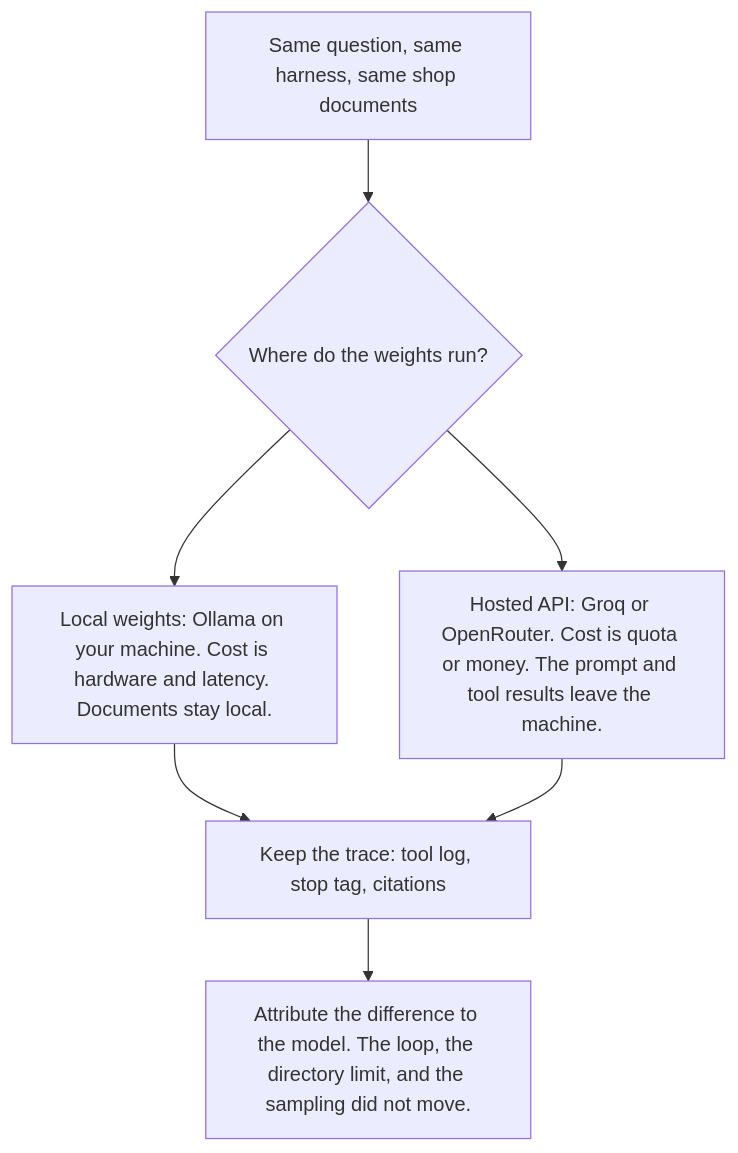
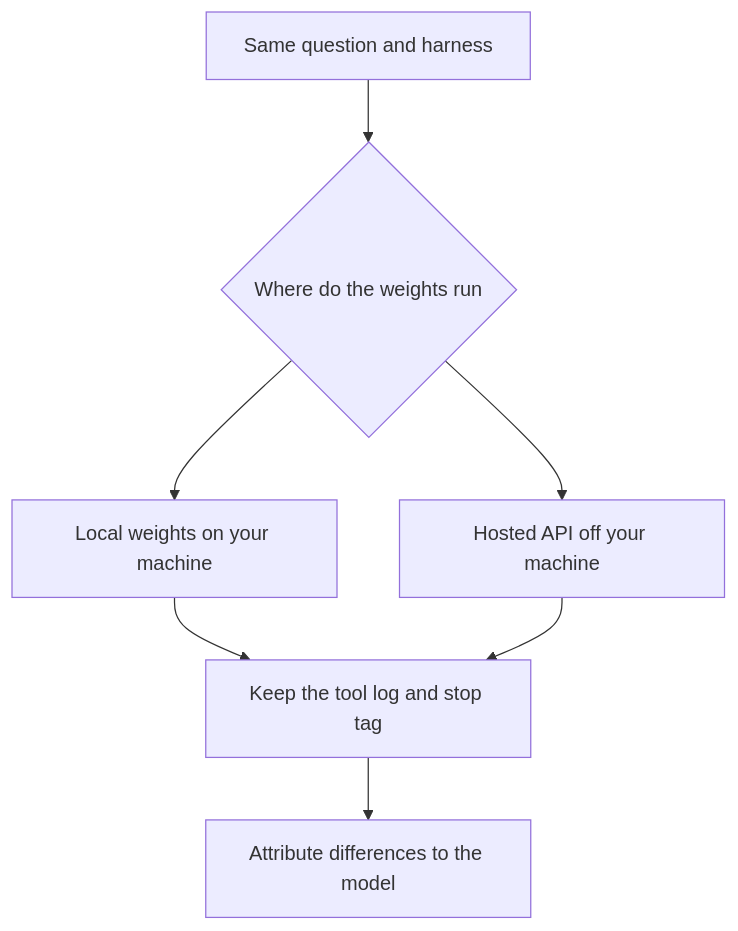
Before and after one commit to junlinghu/book-agents: the first of 2 diagrams in chapters/ch03-models-without-the-pain/README.md, drawn with Mermaid. The commit also changed other lines of this file, not shown here.

Commit message:
Fix Mermaid figures in Chapter 3 for GitHub rendering

````diff
--- a/chapters/ch03-models-without-the-pain/README.md
+++ b/chapters/ch03-models-without-the-pain/README.md
@@ -15,9 +15,15 @@
 ```mermaid
 flowchart TD
-  Q["Same question, same harness, same shop documents"] --> Where{"Where do the weights run?"}
-  Where --> Local["Local weights: Ollama on your machine. Cost is hardware and latency. Documents stay local."]
-  Where --> Hosted["Hosted API: Groq or OpenRouter. Cost is quota or money. The prompt and tool results leave the machine."]
-  Local --> Trace["Keep the trace: tool log, stop tag, citations"]
+  Q[Same question and harness]
+  Where{Where do the weights run}
+  Local[Local weights on your machine]
+  Hosted[Hosted API off your machine]
+  Trace[Keep the tool log and stop tag]
+  Judge[Attribute differences to the model]
+  Q --> Where
+  Where --> Local
+  Where --> Hosted
+  Local --> Trace
   Hosted --> Trace
-  Trace --> Judge["Attribute the difference to the model. The loop, the directory limit, and the sampling did not move."]
+  Trace --> Judge
 ```
````
